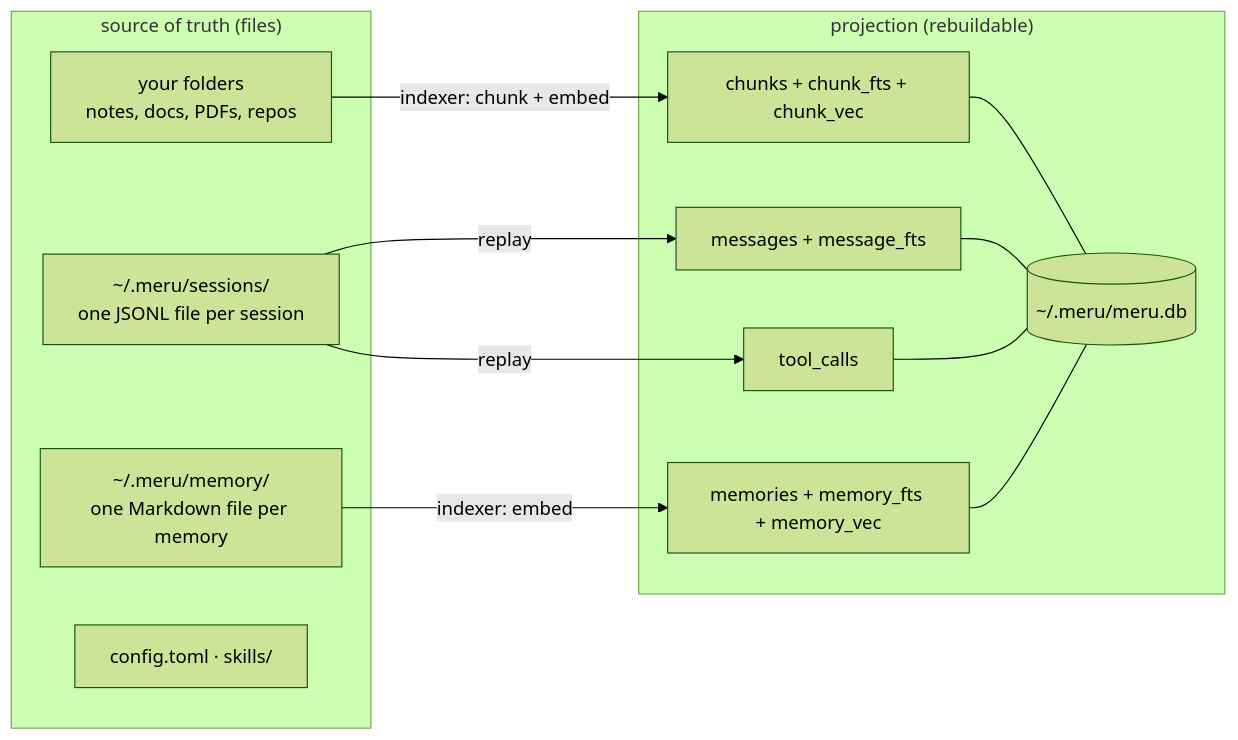
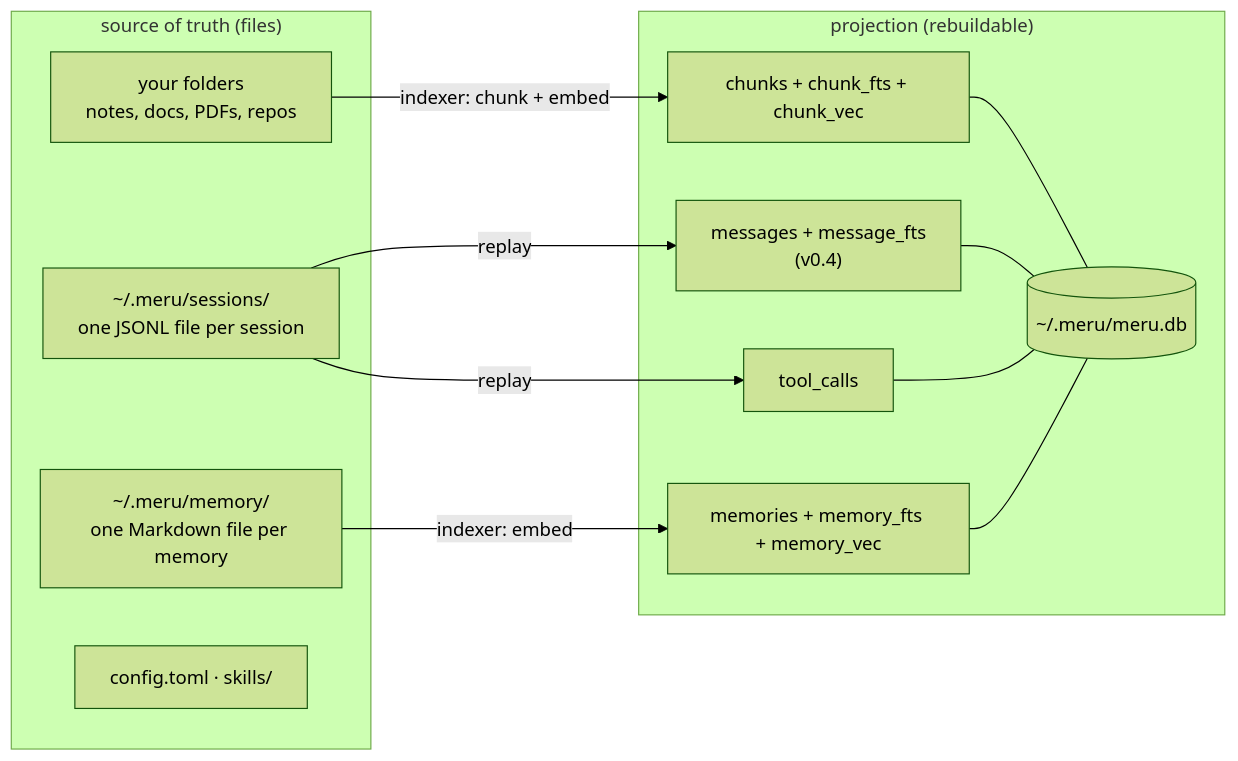
One commit to aarora79/meru changed the third of 5 diagrams in ARCHITECTURE.md. Above: the diagram before and after it, drawn with Mermaid (forest theme). The commit also changed other lines of this file and 20 other files, not shown here.

````diff
--- a/ARCHITECTURE.md
+++ b/ARCHITECTURE.md
@@ -548,23 +565,23 @@
 ```mermaid
 flowchart LR
     subgraph truth["source of truth (files)"]
         NOTES["your folders<br/>notes, docs, PDFs, repos"]
         SESS["~/.meru/sessions/<br/>one JSONL file per session"]
         MEM["~/.meru/memory/<br/>one Markdown file per memory"]
         CFG["config.toml · skills/"]
     end
 
     subgraph proj["projection (rebuildable)"]
         DB[("~/.meru/meru.db")]
         CH["chunks + chunk_fts + chunk_vec"]
-        MSG["messages + message_fts"]
+        MSG["messages + message_fts<br/>(v0.4)"]
         TC["tool_calls"]
         MM["memories + memory_fts + memory_vec"]
     end
 
     NOTES -- "indexer: chunk + embed" --> CH
     SESS -- "replay" --> MSG
     SESS -- "replay" --> TC
     MEM -- "indexer: embed" --> MM
     CH & MSG & TC & MM --- DB
 ```
````
